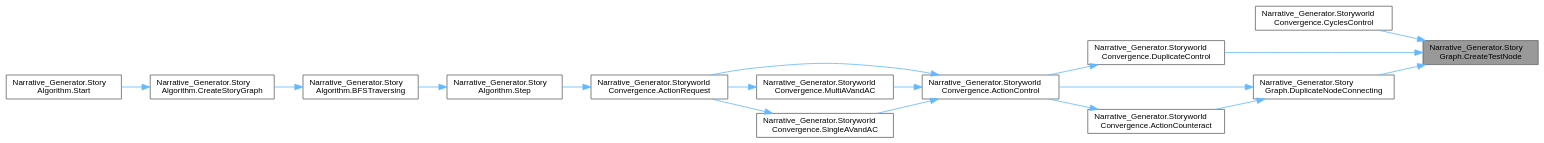
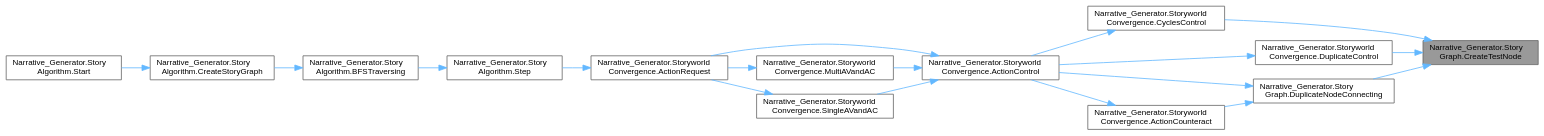
One commit to vonHimik/NarrativeGeneratorForTwine changed the diagram in Autodocumentation HTML/class_narrative___generator_1_1_story_graph_aff8960e72e0b1ecad9ca63c25517c5dc_icgraph.dot. Above: the diagram before and after it, drawn with Graphviz. The commit also changed 679 other files, not shown here.

```diff
--- a/Autodocumentation HTML/class_narrative___generator_1_1_story_graph_aff8960e72e0b1ecad9ca63c25517c5dc_icgraph.dot
+++ b/Autodocumentation HTML/class_narrative___generator_1_1_story_graph_aff8960e72e0b1ecad9ca63c25517c5dc_icgraph.dot
@@ -1,37 +1,38 @@
 digraph "Narrative_Generator.StoryGraph.CreateTestNode"
 {
  // LATEX_PDF_SIZE
   bgcolor="transparent";
   edge [fontname=Helvetica,fontsize=10,labelfontname=Helvetica,labelfontsize=10];
   node [fontname=Helvetica,fontsize=10,shape=box,height=0.2,width=0.4];
   rankdir="RL";
   Node1 [label="Narrative_Generator.Story\lGraph.CreateTestNode",height=0.2,width=0.4,color="gray40", fillcolor="grey60", style="filled", fontcolor="black",tooltip="This method creates a node with the specified parameters, which will then be deleted."];
   Node1 -> Node2 [dir="back",color="steelblue1",style="solid"];
   Node2 [label="Narrative_Generator.Storyworld\lConvergence.CyclesControl",height=0.2,width=0.4,color="grey40", fillcolor="white", style="filled",URL="$class_narrative___generator_1_1_storyworld_convergence.html#a8b24e6d35f950febee35af944abef896",tooltip="A method that checks whether the effects of the action under test will cause cycles in the graph."];
-  Node1 -> Node3 [dir="back",color="steelblue1",style="solid"];
-  Node3 [label="Narrative_Generator.Storyworld\lConvergence.DuplicateControl",height=0.2,width=0.4,color="grey40", fillcolor="white", style="filled",URL="$class_narrative___generator_1_1_storyworld_convergence.html#a9fd047254836b0bec4a91f9cd06c9683",tooltip="A method that checks whether the effects of the checked action will lead to the creation of a node th..."];
+  Node2 -> Node3 [dir="back",color="steelblue1",style="solid"];
+  Node3 [label="Narrative_Generator.Storyworld\lConvergence.ActionControl",height=0.2,width=0.4,color="grey40", fillcolor="white", style="filled",URL="$class_narrative___generator_1_1_storyworld_convergence.html#ab63aeb27180c660c584261acd9e7051d",tooltip="Checking the action for violation of the established constraints and the reachability of the goal sta..."];
   Node3 -> Node4 [dir="back",color="steelblue1",style="solid"];
-  Node4 [label="Narrative_Generator.Storyworld\lConvergence.ActionControl",height=0.2,width=0.4,color="grey40", fillcolor="white", style="filled",URL="$class_narrative___generator_1_1_storyworld_convergence.html#ab63aeb27180c660c584261acd9e7051d",tooltip="Checking the action for violation of the established constraints and the reachability of the goal sta..."];
+  Node4 [label="Narrative_Generator.Storyworld\lConvergence.ActionRequest",height=0.2,width=0.4,color="grey40", fillcolor="white", style="filled",URL="$class_narrative___generator_1_1_storyworld_convergence.html#a371ff7aeb10e59e3c51971228ea94378",tooltip="The agent updates his beliefs, calculates a plan, chooses an action, assigns variables to it,..."];
   Node4 -> Node5 [dir="back",color="steelblue1",style="solid"];
-  Node5 [label="Narrative_Generator.Storyworld\lConvergence.ActionRequest",height=0.2,width=0.4,color="grey40", fillcolor="white", style="filled",URL="$class_narrative___generator_1_1_storyworld_convergence.html#a371ff7aeb10e59e3c51971228ea94378",tooltip="The agent updates his beliefs, calculates a plan, chooses an action, assigns variables to it,..."];
+  Node5 [label="Narrative_Generator.Story\lAlgorithm.Step",height=0.2,width=0.4,color="grey40", fillcolor="white", style="filled",URL="$class_narrative___generator_1_1_story_algorithm.html#a14fcd8daa5dd92cef5b985a754ffa59e",tooltip="Convergence in turn asks agents for actions, checks them, applies them, counteracts them,..."];
   Node5 -> Node6 [dir="back",color="steelblue1",style="solid"];
-  Node6 [label="Narrative_Generator.Story\lAlgorithm.Step",height=0.2,width=0.4,color="grey40", fillcolor="white", style="filled",URL="$class_narrative___generator_1_1_story_algorithm.html#a14fcd8daa5dd92cef5b985a754ffa59e",tooltip="Convergence in turn asks agents for actions, checks them, applies them, counteracts them,..."];
+  Node6 [label="Narrative_Generator.Story\lAlgorithm.BFSTraversing",height=0.2,width=0.4,color="grey40", fillcolor="white", style="filled",URL="$class_narrative___generator_1_1_story_algorithm.html#a7791dc587915617de53183d85424e7aa",tooltip="A method in which we sequentially create a story graph, node by node, starting at the root,..."];
   Node6 -> Node7 [dir="back",color="steelblue1",style="solid"];
-  Node7 [label="Narrative_Generator.Story\lAlgorithm.BFSTraversing",height=0.2,width=0.4,color="grey40", fillcolor="white", style="filled",URL="$class_narrative___generator_1_1_story_algorithm.html#a7791dc587915617de53183d85424e7aa",tooltip="A method in which we sequentially create a story graph, node by node, starting at the root,..."];
+  Node7 [label="Narrative_Generator.Story\lAlgorithm.CreateStoryGraph",height=0.2,width=0.4,color="grey40", fillcolor="white", style="filled",URL="$class_narrative___generator_1_1_story_algorithm.html#af62b9aaf409a5a30248c0fc5f0055723",tooltip="The method that controls the creation of the story graph."];
   Node7 -> Node8 [dir="back",color="steelblue1",style="solid"];
-  Node8 [label="Narrative_Generator.Story\lAlgorithm.CreateStoryGraph",height=0.2,width=0.4,color="grey40", fillcolor="white", style="filled",URL="$class_narrative___generator_1_1_story_algorithm.html#a14b46d881caea879deaf6900c24930c1",tooltip="The method that controls the creation of the story graph."];
-  Node8 -> Node9 [dir="back",color="steelblue1",style="solid"];
-  Node9 [label="Narrative_Generator.Story\lAlgorithm.Start",height=0.2,width=0.4,color="grey40", fillcolor="white", style="filled",URL="$class_narrative___generator_1_1_story_algorithm.html#a84193cf4bd94e0c652a31dbb175214d1",tooltip="Method is an entry point that controls the operation of the algorithm (the sequence of launching othe..."];
-  Node4 -> Node10 [dir="back",color="steelblue1",style="solid"];
-  Node10 [label="Narrative_Generator.Storyworld\lConvergence.MultiAVandAC",height=0.2,width=0.4,color="grey40", fillcolor="white", style="filled",URL="$class_narrative___generator_1_1_storyworld_convergence.html#a27d193b37c3114cc18d690e4846de59c",tooltip="A method that assigns variables (parameters) and checks the constraints of several actions of the sam..."];
-  Node10 -> Node5 [dir="back",color="steelblue1",style="solid"];
-  Node4 -> Node11 [dir="back",color="steelblue1",style="solid"];
-  Node11 [label="Narrative_Generator.Storyworld\lConvergence.SingleAVandAC",height=0.2,width=0.4,color="grey40", fillcolor="white", style="filled",URL="$class_narrative___generator_1_1_storyworld_convergence.html#a89bee4b7f2aaec44bd5aac2d8f020981",tooltip="A method that assigns variables (parameters) and checks the constraints of one specific action."];
-  Node11 -> Node5 [dir="back",color="steelblue1",style="solid"];
+  Node8 [label="Narrative_Generator.Story\lAlgorithm.Start",height=0.2,width=0.4,color="grey40", fillcolor="white", style="filled",URL="$class_narrative___generator_1_1_story_algorithm.html#a5adcd998433cb838e814c1eb81ea753d",tooltip="Method is an entry point that controls the operation of the algorithm (the sequence of launching othe..."];
+  Node3 -> Node9 [dir="back",color="steelblue1",style="solid"];
+  Node9 [label="Narrative_Generator.Storyworld\lConvergence.MultiAVandAC",height=0.2,width=0.4,color="grey40", fillcolor="white", style="filled",URL="$class_narrative___generator_1_1_storyworld_convergence.html#a27d193b37c3114cc18d690e4846de59c",tooltip="A method that assigns variables (parameters) and checks the constraints of several actions of the sam..."];
+  Node9 -> Node4 [dir="back",color="steelblue1",style="solid"];
+  Node3 -> Node10 [dir="back",color="steelblue1",style="solid"];
+  Node10 [label="Narrative_Generator.Storyworld\lConvergence.SingleAVandAC",height=0.2,width=0.4,color="grey40", fillcolor="white", style="filled",URL="$class_narrative___generator_1_1_storyworld_convergence.html#a89bee4b7f2aaec44bd5aac2d8f020981",tooltip="A method that assigns variables (parameters) and checks the constraints of one specific action."];
+  Node10 -> Node4 [dir="back",color="steelblue1",style="solid"];
+  Node1 -> Node11 [dir="back",color="steelblue1",style="solid"];
+  Node11 [label="Narrative_Generator.Storyworld\lConvergence.DuplicateControl",height=0.2,width=0.4,color="grey40", fillcolor="white", style="filled",URL="$class_narrative___generator_1_1_storyworld_convergence.html#a9fd047254836b0bec4a91f9cd06c9683",tooltip="A method that checks whether the effects of the checked action will lead to the creation of a node th..."];
+  Node11 -> Node3 [dir="back",color="steelblue1",style="solid"];
   Node1 -> Node12 [dir="back",color="steelblue1",style="solid"];
   Node12 [label="Narrative_Generator.Story\lGraph.DuplicateNodeConnecting",height=0.2,width=0.4,color="grey40", fillcolor="white", style="filled",URL="$class_narrative___generator_1_1_story_graph.html#a3caa66943f727fc97c6a8d255f8a0db9",tooltip="Connects two nodes if both already exist and are in the graph."];
-  Node12 -> Node4 [dir="back",color="steelblue1",style="solid"];
+  Node12 -> Node3 [dir="back",color="steelblue1",style="solid"];
   Node12 -> Node13 [dir="back",color="steelblue1",style="solid"];
   Node13 [label="Narrative_Generator.Storyworld\lConvergence.ActionCounteract",height=0.2,width=0.4,color="grey40", fillcolor="white", style="filled",URL="$class_narrative___generator_1_1_storyworld_convergence.html#add86637023cb151bb7e6ec3483cd500a",tooltip="A method that implements the system's response to an action that should not be applied."];
-  Node13 -> Node4 [dir="back",color="steelblue1",style="solid"];
+  Node13 -> Node3 [dir="back",color="steelblue1",style="solid"];
 }
```
